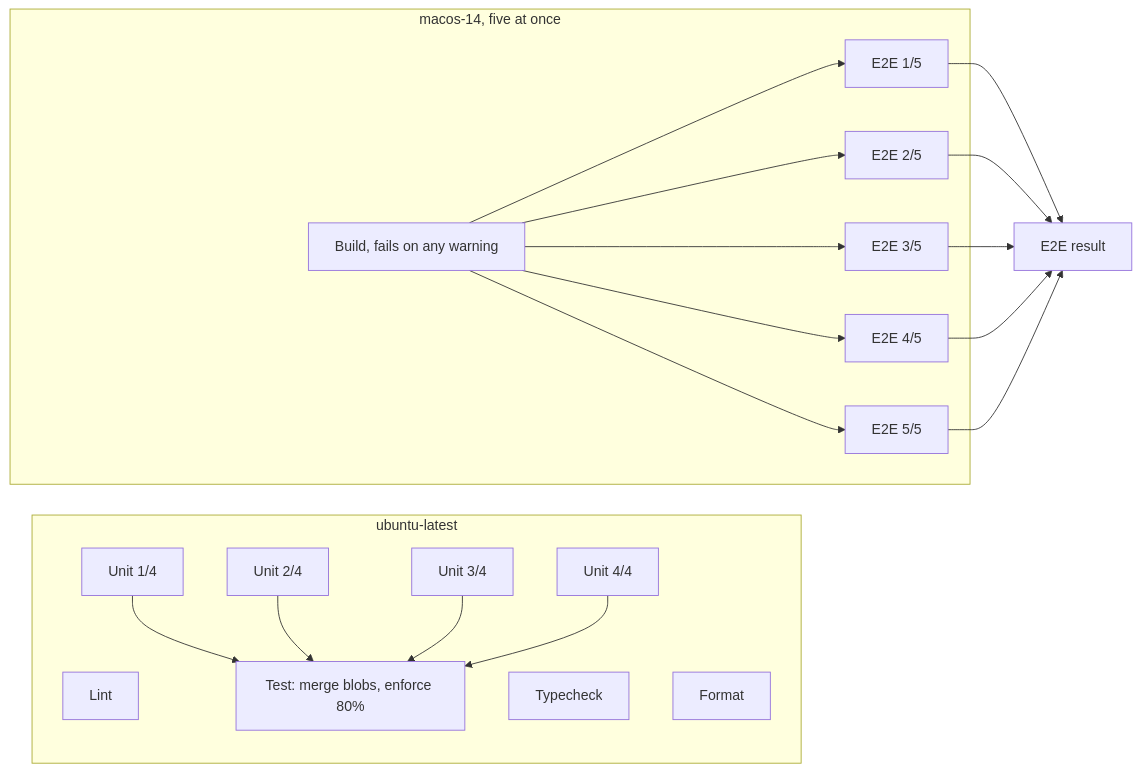
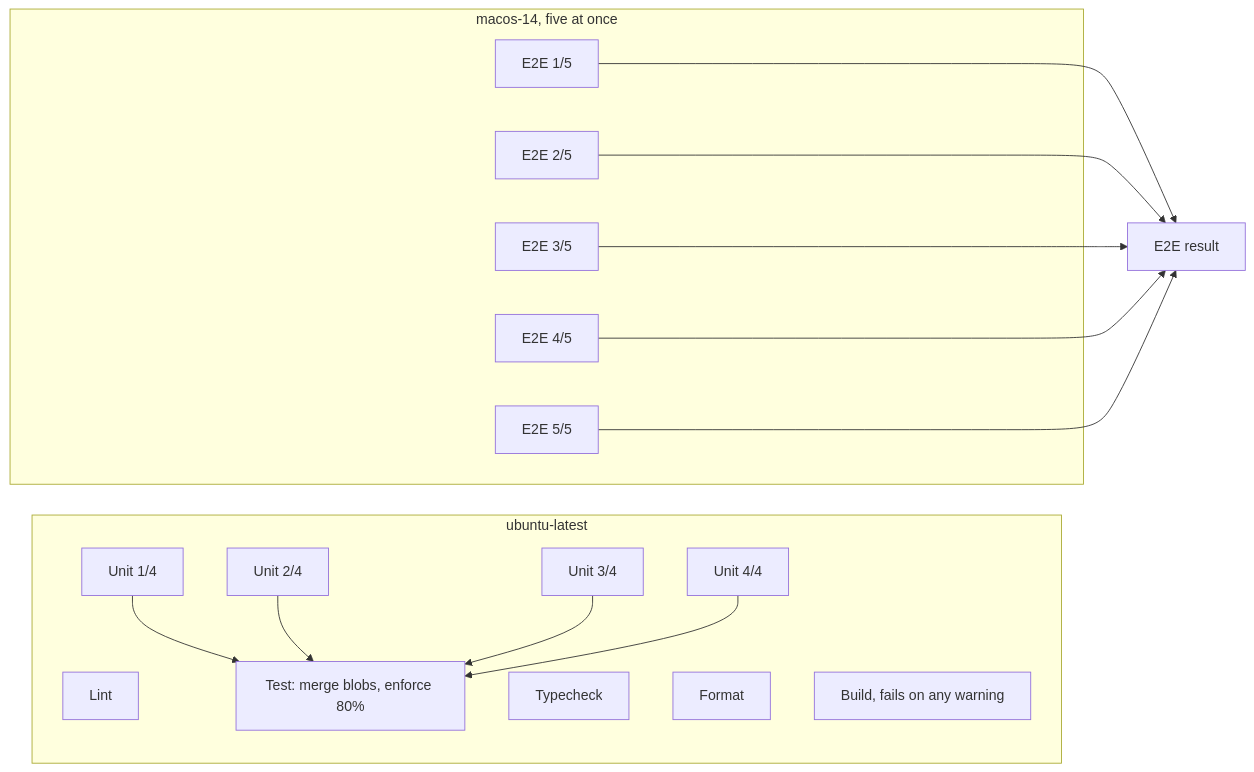
The diagram in docs/adr/071-ci-is-sharded-by-duration-and-warns-nothing.md (andytavares/terminator), drawn with Mermaid before and after one commit. The commit also changed other lines of this file, not shown here.

Commit message:
docs: ADR 071 matches the E2E shards building for themselves

````diff
--- a/docs/adr/071-ci-is-sharded-by-duration-and-warns-nothing.md
+++ b/docs/adr/071-ci-is-sharded-by-duration-and-warns-nothing.md
@@ -13,11 +13,11 @@
 ```mermaid
 flowchart LR
   subgraph linux[ubuntu-latest]
-    L[Lint] & T[Typecheck] & F[Format]
+    L[Lint] & T[Typecheck] & F[Format] & B[Build, fails on any warning]
     U1[Unit 1/4] & U2[Unit 2/4] & U3[Unit 3/4] & U4[Unit 4/4] --> M[Test: merge blobs, enforce 80%]
   end
   subgraph mac[macos-14, five at once]
-    B[Build, fails on any warning] --> E1[E2E 1/5] & E2[E2E 2/5] & E3[E2E 3/5] & E4[E2E 4/5] & E5[E2E 5/5]
+    E1[E2E 1/5] & E2[E2E 2/5] & E3[E2E 3/5] & E4[E2E 4/5] & E5[E2E 5/5]
   end
   E1 & E2 & E3 & E4 & E5 --> R[E2E result]
 ```
````
